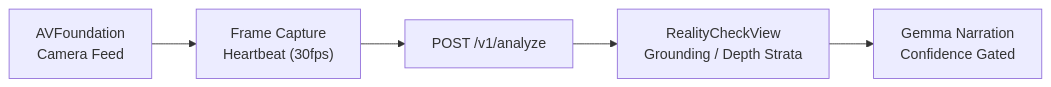
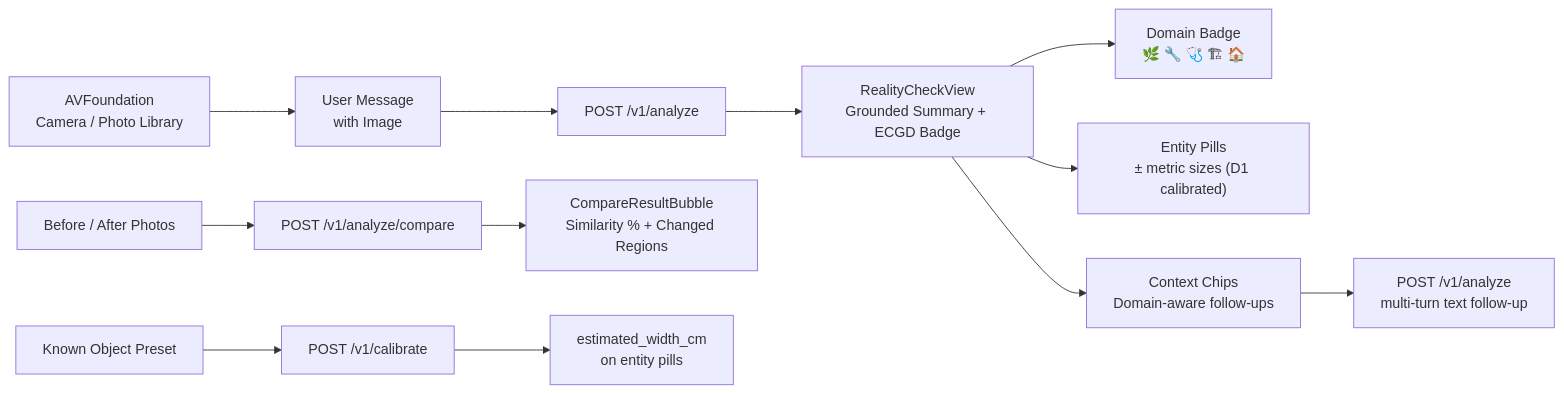
One commit to NeoOne601/Toori changed the second of 5 diagrams in CLAUDE.md. Above: the diagram before and after it, drawn with Mermaid. The commit also changed other lines of this file and 16 other files, not shown here.

````diff
--- a/CLAUDE.md
+++ b/CLAUDE.md
@@ -202,7 +230,14 @@
 ```mermaid
 graph LR
-    Cam["AVFoundation\nCamera Feed"] --> Frame["Frame Capture\nHeartbeat (30fps)"]
+    Cam["AVFoundation\nCamera / Photo Library"] --> Frame["User Message\nwith Image"]
     Frame --> Analyze["POST /v1/analyze"]
-    Analyze --> GroundingUI["RealityCheckView\nGrounding / Depth Strata"]
-    GroundingUI --> Reasoning["Gemma Narration\nConfidence Gated"]
+    Analyze --> GroundingUI["RealityCheckView\nGrounded Summary + ECGD Badge"]
+    GroundingUI --> Badge["Domain Badge\n🌿 🔧 🩺 🏗 🏠"]
+    GroundingUI --> Entities["Entity Pills\n± metric sizes (D1 calibrated)"]
+    GroundingUI --> Chips["Context Chips\nDomain-aware follow-ups"]
+    Chips --> TextQuery["POST /v1/analyze\nmulti-turn text follow-up"]
+    Frame2["Before / After Photos"] --> Compare["POST /v1/analyze/compare"]
+    Compare --> CompBubble["CompareResultBubble\nSimilarity % + Changed Regions"]
+    KnownObj["Known Object Preset"] --> Calibrate["POST /v1/calibrate"]
+    Calibrate --> MetricSizes["estimated_width_cm\non entity pills"]
 ```
````
